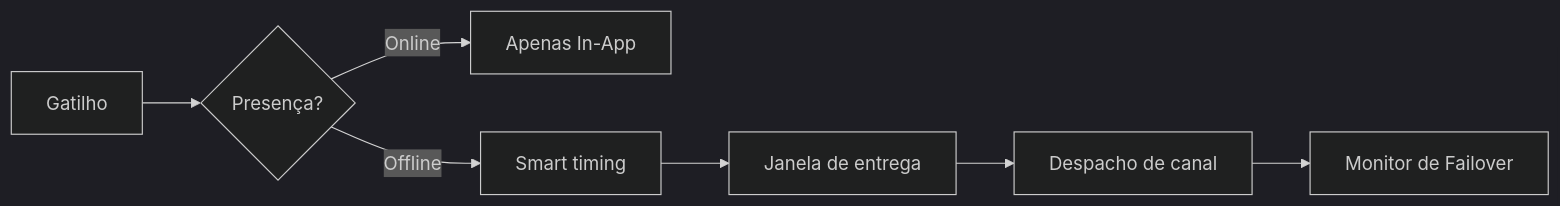
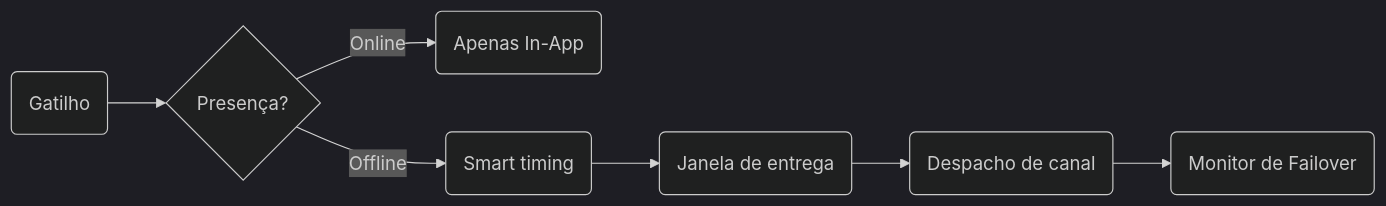
Before and after one commit to KriyanshKhunt/nexus_docs: the diagram in content/docs/pt/platform/features/index.mdx, drawn with Mermaid (dark theme). The commit also changed 20 other files, not shown here.

Commit message:
Handle pt Mermaid charts

````diff
--- a/content/docs/pt/platform/features/index.mdx
+++ b/content/docs/pt/platform/features/index.mdx
@@ -156,9 +156,9 @@
 ```mermaid
 flowchart LR
-  T[Gatilho] --> P{Presença?}
-  P -->|Online| I[Apenas In-App]
-  P -->|Offline| S[Smart timing]
-  S --> W[Janela de entrega]
-  W --> C[Despacho de canal]
-  C --> F[Monitor de Failover]
+  T(Gatilho) --> P{Presença?}
+  P -->|Online| I(Apenas In-App)
+  P -->|Offline| S(Smart timing)
+  S --> W(Janela de entrega)
+  W --> C(Despacho de canal)
+  C --> F(Monitor de Failover)
 ```
````
